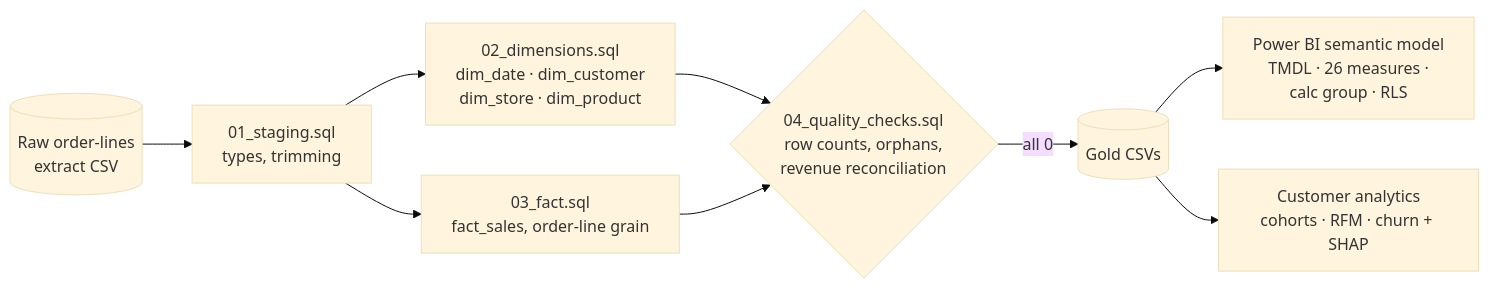
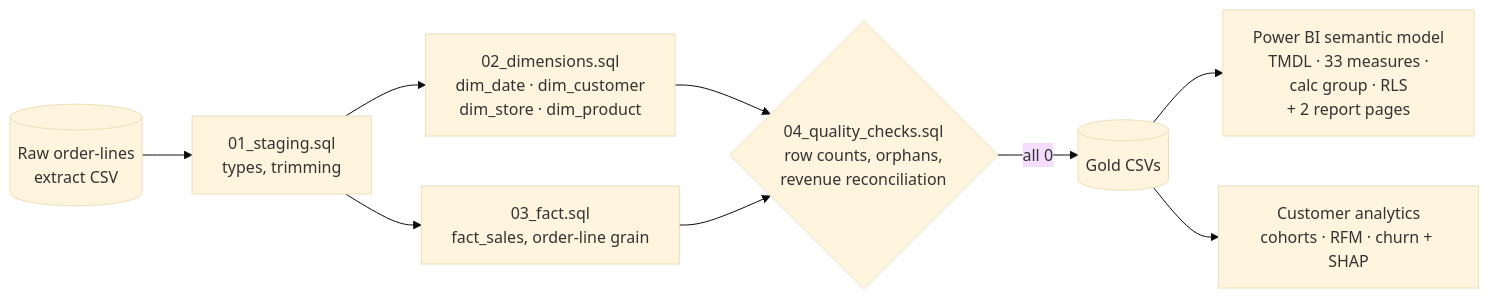
The first of 2 diagrams in README.md (Shashan4321/sales-intelligence-powerbi), drawn with Mermaid (base theme) before and after one commit. The commit also changed other lines of this file and 2 other files, not shown here.

Commit message:
docs: Power BI report screenshots and how the numbers were checked against SQL

````diff
--- a/README.md
+++ b/README.md
@@ -22,11 +24,11 @@
 ```mermaid
 flowchart LR
     R[(Raw order-lines<br/>extract CSV)] --> S[01_staging.sql<br/>types, trimming]
     S --> D[02_dimensions.sql<br/>dim_date · dim_customer<br/>dim_store · dim_product]
     S --> F[03_fact.sql<br/>fact_sales, order-line grain]
     D --> Q{04_quality_checks.sql<br/>row counts, orphans,<br/>revenue reconciliation}
     F --> Q
     Q -- all 0 --> G[(Gold CSVs)]
-    G --> PBI[Power BI semantic model<br/>TMDL · 26 measures ·<br/>calc group · RLS]
+    G --> PBI[Power BI semantic model<br/>TMDL · 33 measures ·<br/>calc group · RLS<br/>+ 2 report pages]
     G --> CA[Customer analytics<br/>cohorts · RFM · churn + SHAP]
 ```
````
